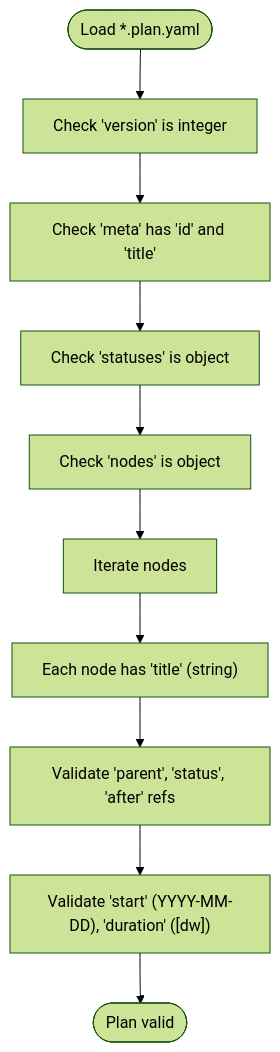
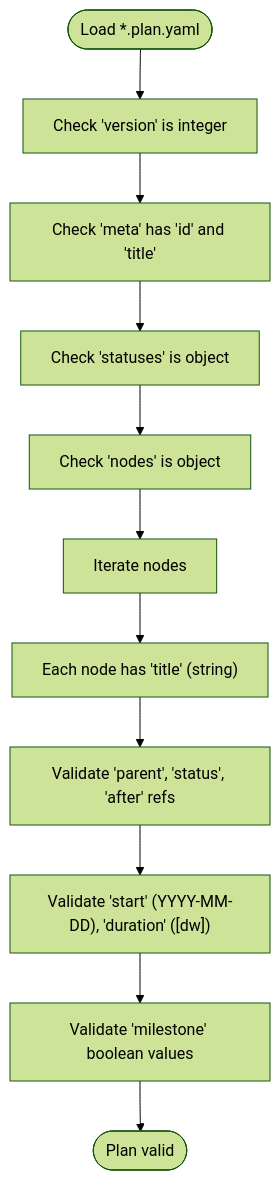
Before and after one commit to asukhodko/opskarta: the fourth of 9 diagrams in .qoder/repowiki/en/content/Specification Reference/Specification Reference.md, drawn with Mermaid (forest theme). The commit also changed other lines of this file and 6 other files, not shown here.

````diff
--- a/.qoder/repowiki/en/content/Specification Reference/Specification Reference.md
+++ b/.qoder/repowiki/en/content/Specification Reference/Specification Reference.md
@@ -177,12 +223,13 @@
 ```mermaid
 flowchart TD
 Start(["Load *.plan.yaml"]) --> CheckVersion["Check 'version' is integer"]
 CheckVersion --> CheckMeta["Check 'meta' has 'id' and 'title'"]
 CheckMeta --> CheckStatuses["Check 'statuses' is object"]
 CheckStatuses --> CheckNodes["Check 'nodes' is object"]
 CheckNodes --> IterateNodes["Iterate nodes"]
 IterateNodes --> CheckTitle["Each node has 'title' (string)"]
 CheckTitle --> CheckRefs["Validate 'parent', 'status', 'after' refs"]
 CheckRefs --> CheckFormats["Validate 'start' (YYYY-MM-DD), 'duration' (<num>[dw])"]
-CheckFormats --> End(["Plan valid"])
+CheckFormats --> CheckMilestones["Validate 'milestone' boolean values"]
+CheckMilestones --> End(["Plan valid"])
 ```
````
